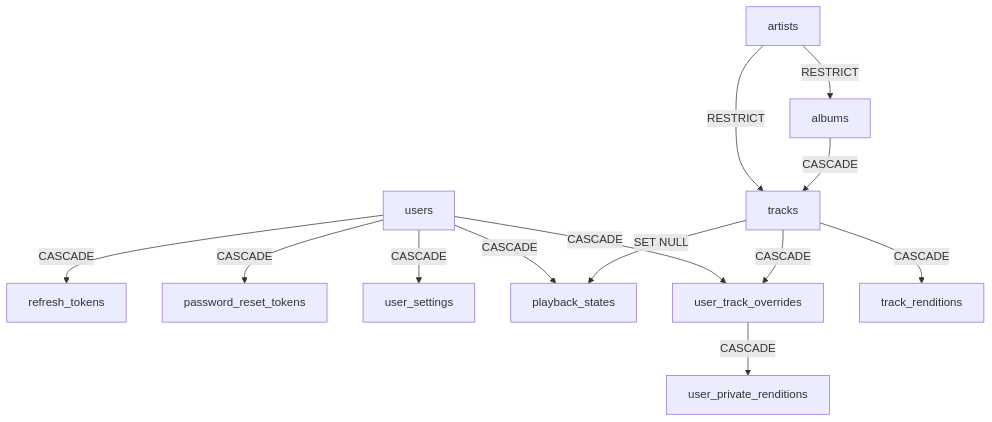
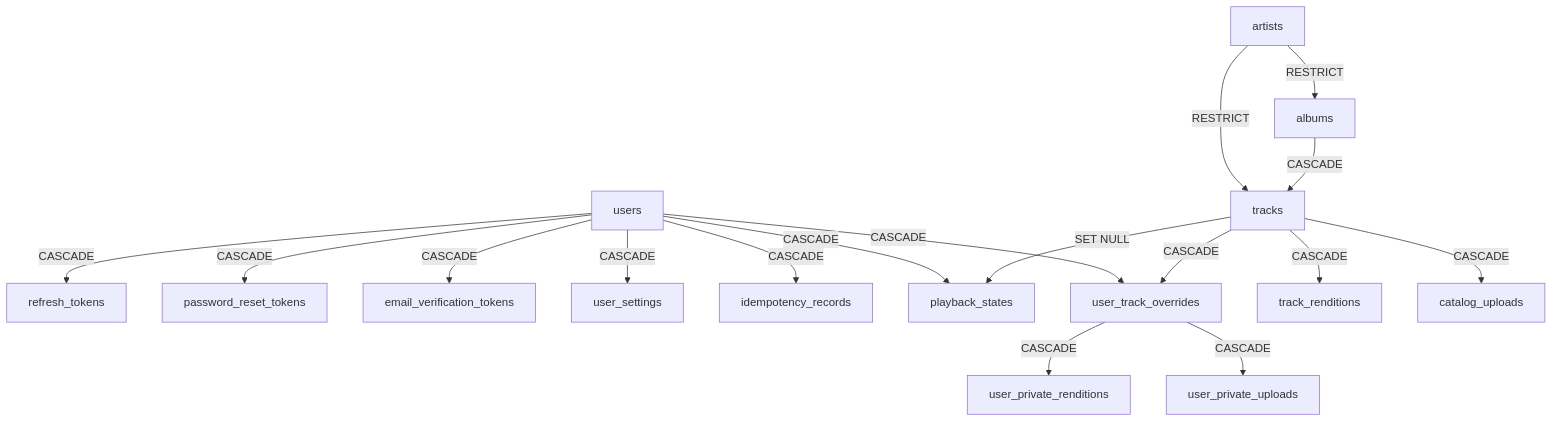
Before and after one commit to CatShredia/Music_Anti_Blur: the fourth of 4 diagrams in docs/02-database-overview.md, drawn with Mermaid. The commit also changed other lines of this file and 167 other files, not shown here.

````diff
--- a/docs/02-database-overview.md
+++ b/docs/02-database-overview.md
@@ -609,15 +835,19 @@
 ```mermaid
 flowchart TD
   users -->|CASCADE| refresh_tokens
   users -->|CASCADE| password_reset_tokens
+  users -->|CASCADE| email_verification_tokens
   users -->|CASCADE| user_settings
+  users -->|CASCADE| idempotency_records
   users -->|CASCADE| playback_states
   users -->|CASCADE| user_track_overrides
   user_track_overrides -->|CASCADE| user_private_renditions
+  user_track_overrides -->|CASCADE| user_private_uploads
   artists -->|RESTRICT| albums
   artists -->|RESTRICT| tracks
   albums -->|CASCADE| tracks
   tracks -->|CASCADE| track_renditions
+  tracks -->|CASCADE| catalog_uploads
   tracks -->|CASCADE| user_track_overrides
   tracks -->|SET NULL| playback_states
 ```
````
